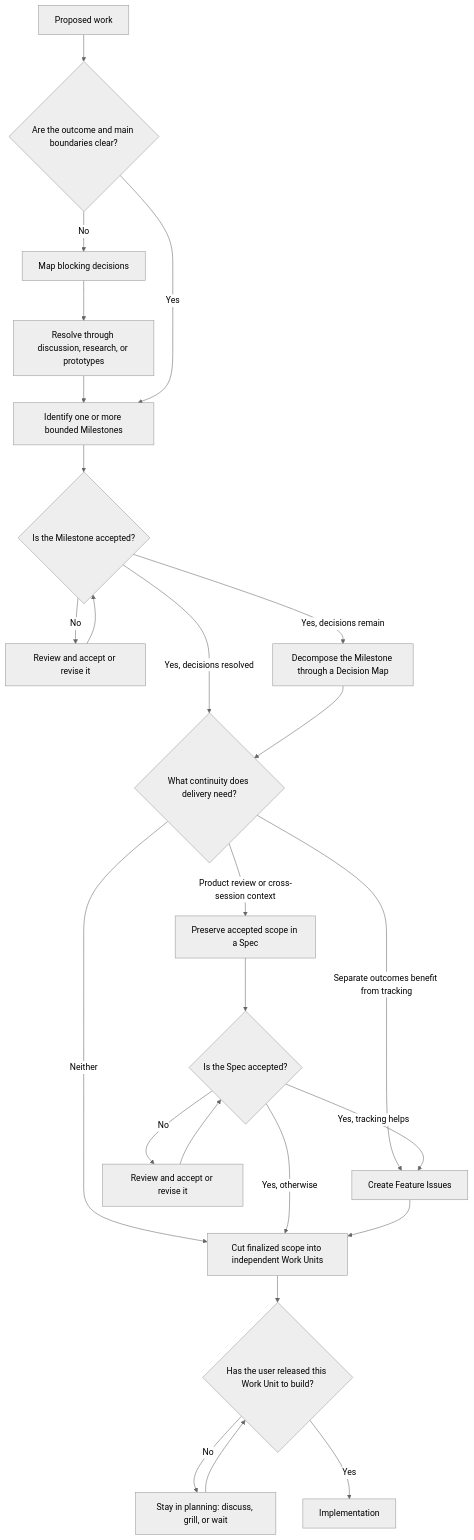
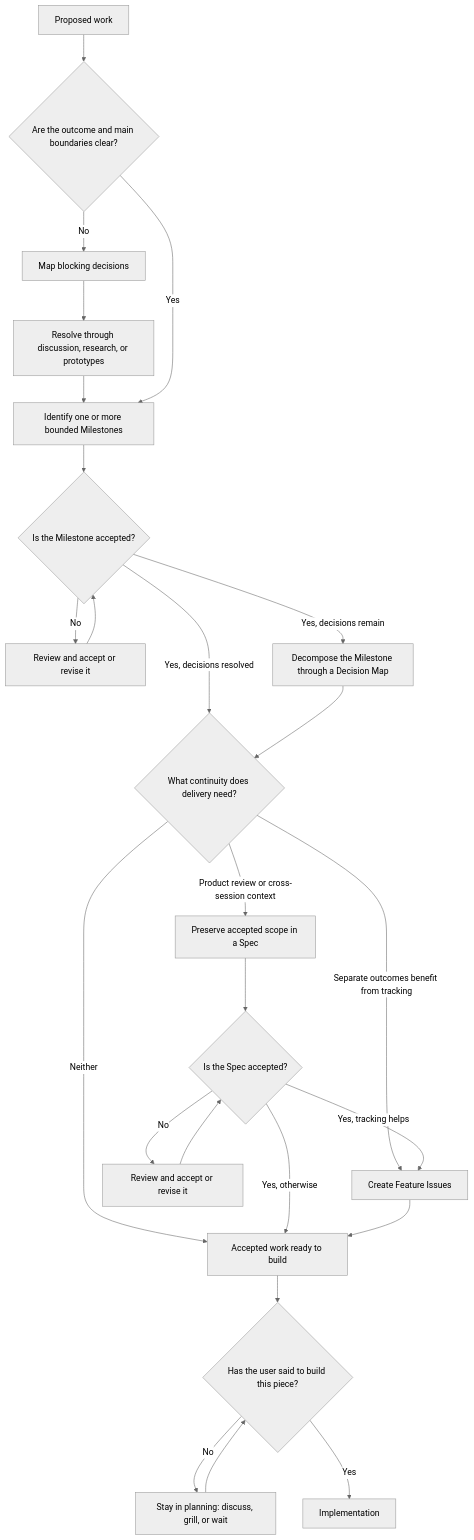
One commit to synorastudio/eng-playbook changed the diagram in workflows/feature-planning.md. Above: the diagram before and after it, drawn with Mermaid (neutral theme). The commit also changed other lines of this file and 14 other files, not shown here.

First line of the commit message:
refactor(playbook): retire the Work Unit and release vocabulary (#7)

````diff
--- a/workflows/feature-planning.md
+++ b/workflows/feature-planning.md
@@ -13,27 +13,27 @@
 ```mermaid
 flowchart TD
     proposed[Proposed work] --> clear{Are the outcome and main boundaries clear?}
     clear -->|No| decisions[Map blocking decisions]
     decisions --> resolve[Resolve through discussion, research, or prototypes]
     resolve --> milestones[Identify one or more bounded Milestones]
     clear -->|Yes| milestones
     milestones --> accepted{Is the Milestone accepted?}
     accepted -->|No| review[Review and accept or revise it]
     review --> accepted
     accepted -->|Yes, decisions resolved| needs{What continuity does delivery need?}
     accepted -->|Yes, decisions remain| decompose[Decompose the Milestone through a Decision Map]
     decompose --> needs
     needs -->|Product review or cross-session context| spec[Preserve accepted scope in a Spec]
     needs -->|Separate outcomes benefit from tracking| issues[Create Feature Issues]
-    needs -->|Neither| units
+    needs -->|Neither| ready
     spec --> specAccepted{Is the Spec accepted?}
     specAccepted -->|No| specReview[Review and accept or revise it]
     specReview --> specAccepted
     specAccepted -->|Yes, tracking helps| issues
-    specAccepted -->|Yes, otherwise| units
-    issues --> units[Cut finalized scope into independent Work Units]
-    units --> released{Has the user released this Work Unit to build?}
-    released -->|No| planning[Stay in planning: discuss, grill, or wait]
-    planning --> released
-    released -->|Yes| implementation[Implementation]
+    specAccepted -->|Yes, otherwise| ready
+    issues --> ready[Accepted work ready to build]
+    ready --> gate{Has the user said to build this piece?}
+    gate -->|No| planning[Stay in planning: discuss, grill, or wait]
+    planning --> gate
+    gate -->|Yes| implementation[Implementation]
 ```
````
